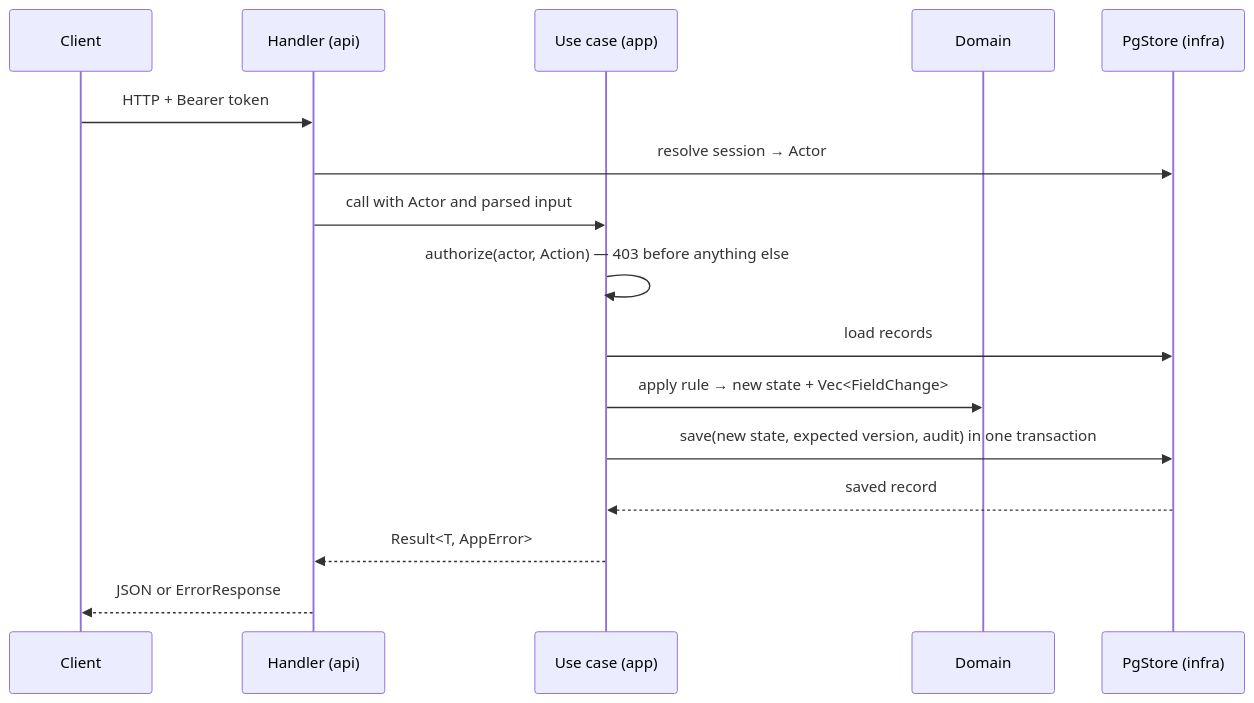
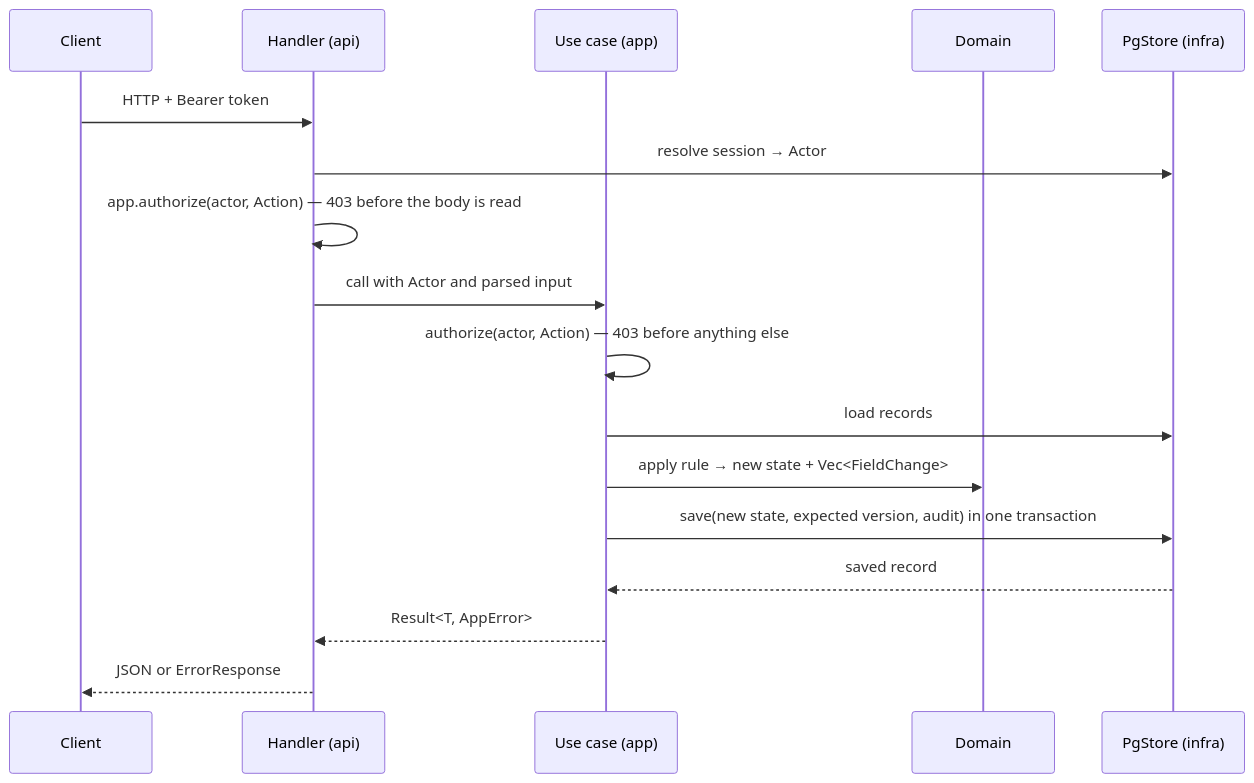
Before and after one commit to dmutr06/fix-ops: the second of 2 diagrams in docs/architecture.md, drawn with Mermaid. The commit also changed other lines of this file, not shown here.

````diff
--- a/docs/architecture.md
+++ b/docs/architecture.md
@@ -32,18 +32,19 @@
 ```mermaid
 sequenceDiagram
     participant C as Client
     participant H as Handler (api)
     participant U as Use case (app)
     participant D as Domain
     participant S as PgStore (infra)
     C->>H: HTTP + Bearer token
     H->>S: resolve session → Actor
+    H->>H: app.authorize(actor, Action) — 403 before the body is read
     H->>U: call with Actor and parsed input
     U->>U: authorize(actor, Action) — 403 before anything else
     U->>S: load records
     U->>D: apply rule → new state + Vec<FieldChange>
     U->>S: save(new state, expected version, audit) in one transaction
     S-->>U: saved record
     U-->>H: Result<T, AppError>
     H-->>C: JSON or ErrorResponse
 ```
````
